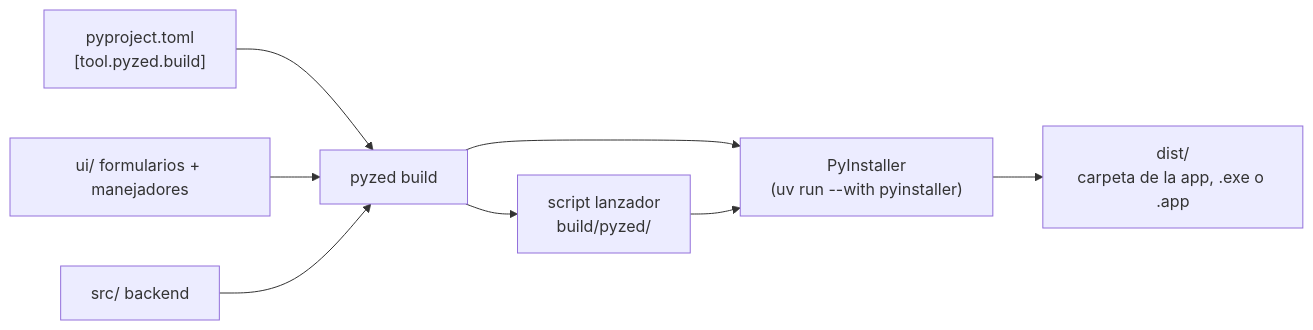
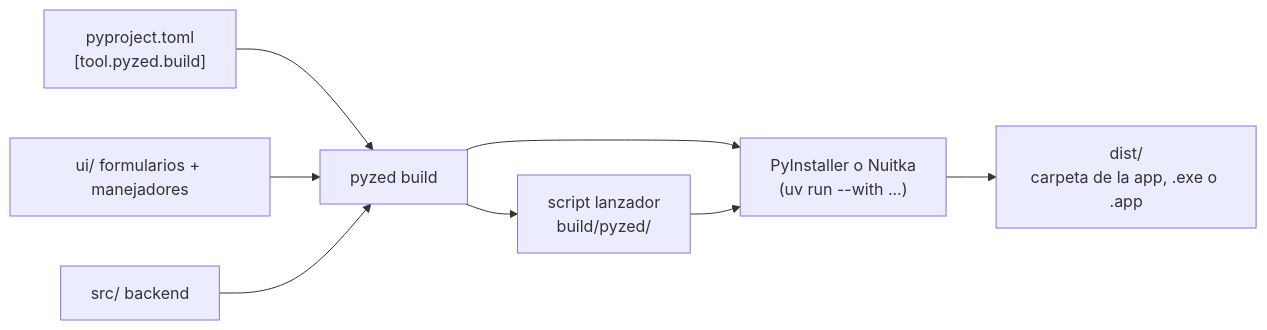
One commit to albakore/pyzed changed the diagram in docs/src/content/docs/es/packaging/build.mdx. Above: the diagram before and after it, drawn with Mermaid. The commit also changed other lines of this file and 29 other files, not shown here.

````diff
--- a/docs/src/content/docs/es/packaging/build.mdx
+++ b/docs/src/content/docs/es/packaging/build.mdx
@@ -67,10 +74,10 @@
 ```mermaid
 flowchart LR
     P["pyproject.toml<br/>[tool.pyzed.build]"] --> B["pyzed build"]
     U["ui/ formularios + manejadores"] --> B
     S["src/ backend"] --> B
     B --> L["script lanzador<br/>build/pyzed/"]
-    B --> I["PyInstaller<br/>(uv run --with pyinstaller)"]
+    B --> I["PyInstaller o Nuitka<br/>(uv run --with ...)"]
     L --> I
     I --> D["dist/<br/>carpeta de la app, .exe o .app"]
 ```
````
